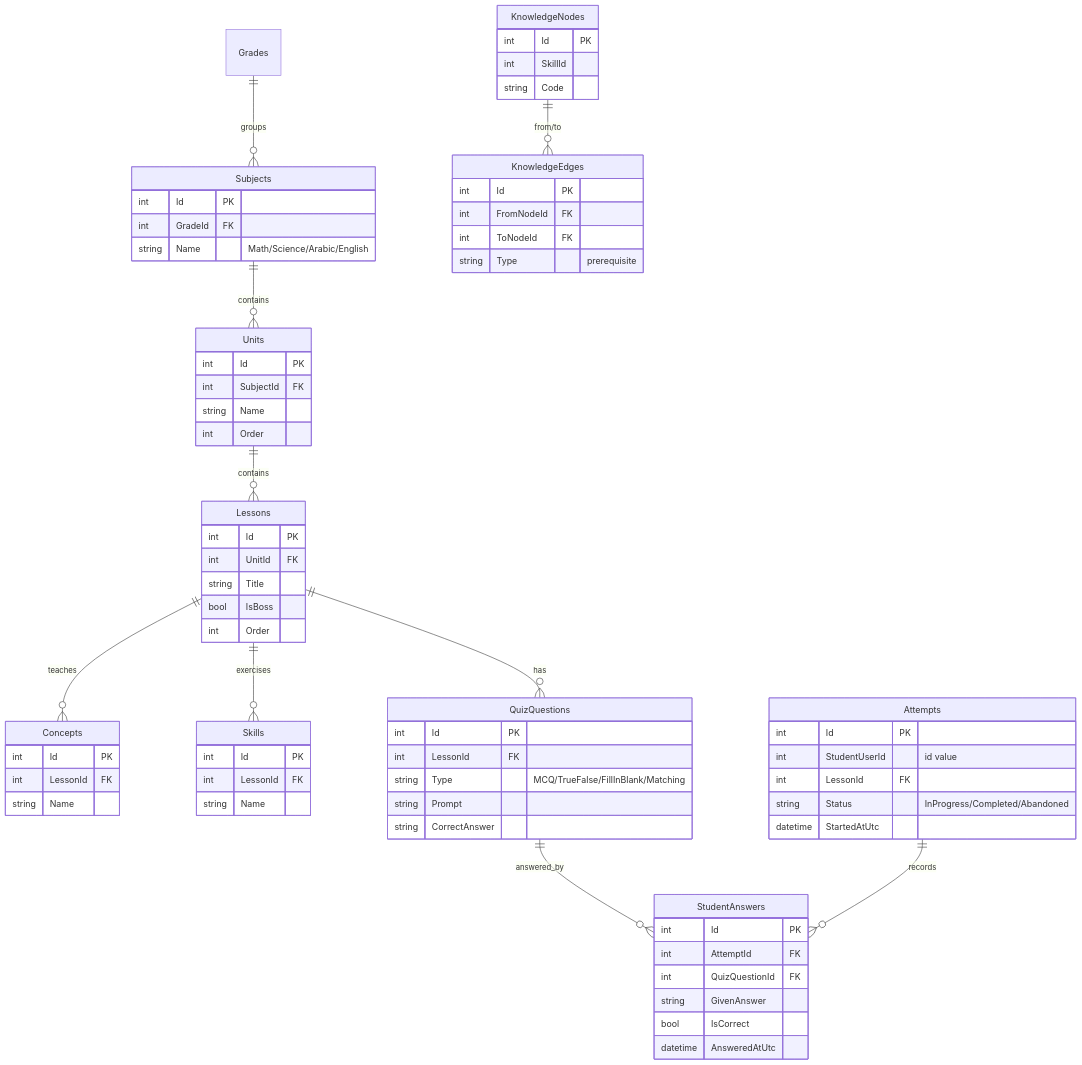
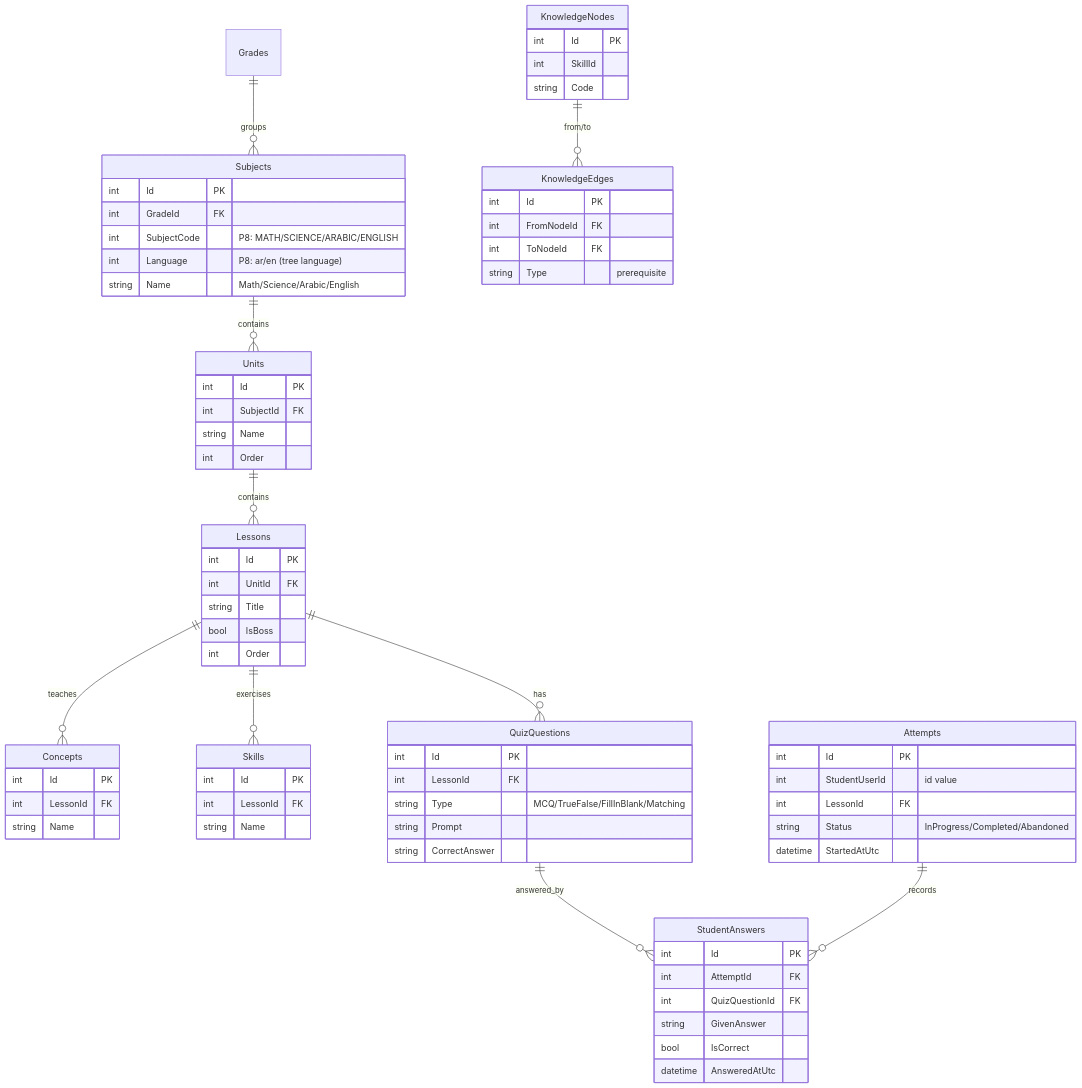
Before and after one commit to ahmedelbaradey/Learnexia: the fourth of 10 diagrams in docs/architecture/backend-architecture.md, drawn with Mermaid. The commit also changed other lines of this file and 11 other files, not shown here.

First line of the commit message:
docs(architecture): sync the architecture doc set with merged Phase 8 + hardening

````diff
--- a/docs/architecture/backend-architecture.md
+++ b/docs/architecture/backend-architecture.md
@@ -255,74 +276,76 @@
 ```mermaid
 erDiagram
     Grades ||--o{ Subjects : groups
     Subjects ||--o{ Units : contains
     Units ||--o{ Lessons : contains
     Lessons ||--o{ Concepts : teaches
     Lessons ||--o{ Skills : exercises
     Lessons ||--o{ QuizQuestions : has
     KnowledgeNodes ||--o{ KnowledgeEdges : "from/to"
     QuizQuestions ||--o{ StudentAnswers : answered_by
     Attempts ||--o{ StudentAnswers : records
 
     Subjects {
         int Id PK
         int GradeId FK
+        int SubjectCode "P8: MATH/SCIENCE/ARABIC/ENGLISH"
+        int Language "P8: ar/en (tree language)"
         string Name "Math/Science/Arabic/English"
     }
     Units {
         int Id PK
         int SubjectId FK
         string Name
         int Order
     }
     Lessons {
         int Id PK
         int UnitId FK
         string Title
         bool IsBoss
         int Order
     }
     Skills {
         int Id PK
         int LessonId FK
         string Name
     }
     Concepts {
         int Id PK
         int LessonId FK
         string Name
     }
     KnowledgeNodes {
         int Id PK
         int SkillId
         string Code
     }
     KnowledgeEdges {
         int Id PK
         int FromNodeId FK
         int ToNodeId FK
         string Type "prerequisite"
     }
     QuizQuestions {
         int Id PK
         int LessonId FK
         string Type "MCQ/TrueFalse/FillInBlank/Matching"
         string Prompt
         string CorrectAnswer
     }
     Attempts {
         int Id PK
         int StudentUserId "id value"
         int LessonId FK
         string Status "InProgress/Completed/Abandoned"
         datetime StartedAtUtc
     }
     StudentAnswers {
         int Id PK
         int AttemptId FK
         int QuizQuestionId FK
         string GivenAnswer
         bool IsCorrect
         datetime AnsweredAtUtc
     }
 ```
````
